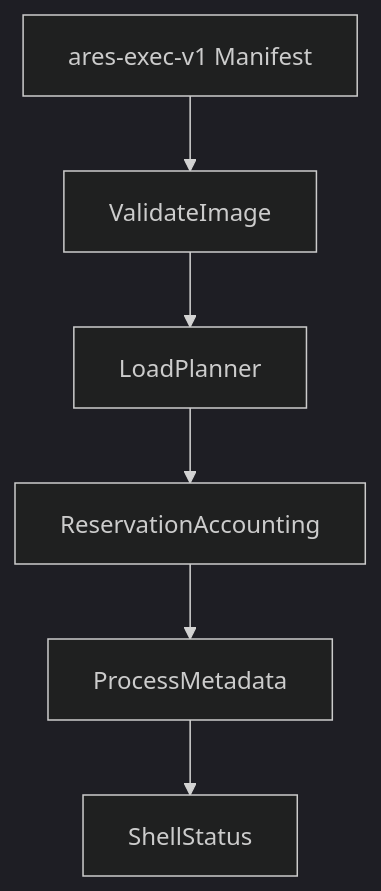
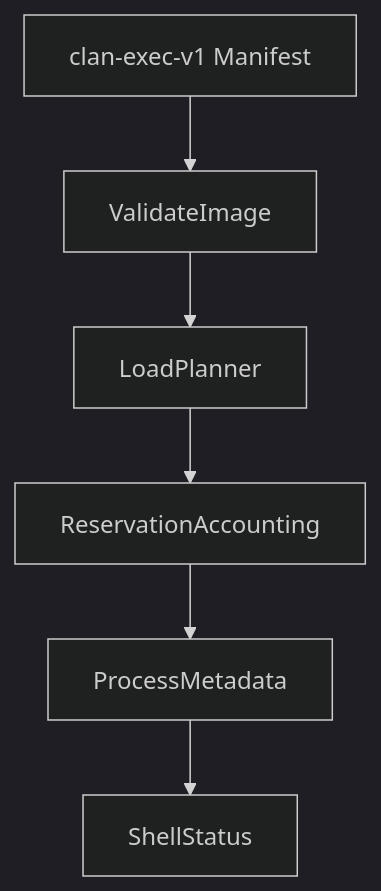
One commit to clancymendonca/ClanOS changed the diagram in docs/LOAD_PLANS.md. Above: the diagram before and after it, drawn with Mermaid (dark theme). The commit also changed other lines of this file and 1009 other files, not shown here.

First line of the commit message:
feat(clanos): rebrand AresOS to ClanOS and consolidate scope gates

````diff
--- a/docs/LOAD_PLANS.md
+++ b/docs/LOAD_PLANS.md
@@ -34,8 +34,8 @@
 ```mermaid
 flowchart TD
-Manifest["ares-exec-v1 Manifest"] --> ValidateImage[ValidateImage]
+Manifest["clan-exec-v1 Manifest"] --> ValidateImage[ValidateImage]
 ValidateImage --> LoadPlanner[LoadPlanner]
 LoadPlanner --> ReservationAccounting[ReservationAccounting]
 ReservationAccounting --> ProcessMetadata[ProcessMetadata]
 ProcessMetadata --> ShellStatus[ShellStatus]
 ```
````
